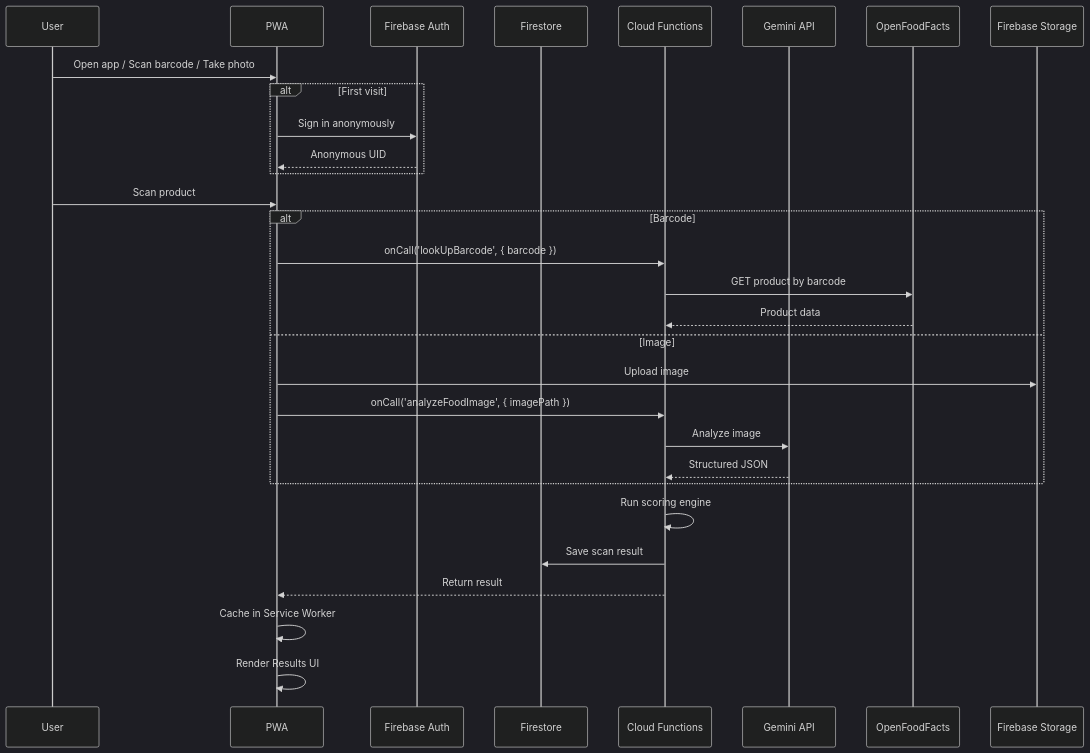
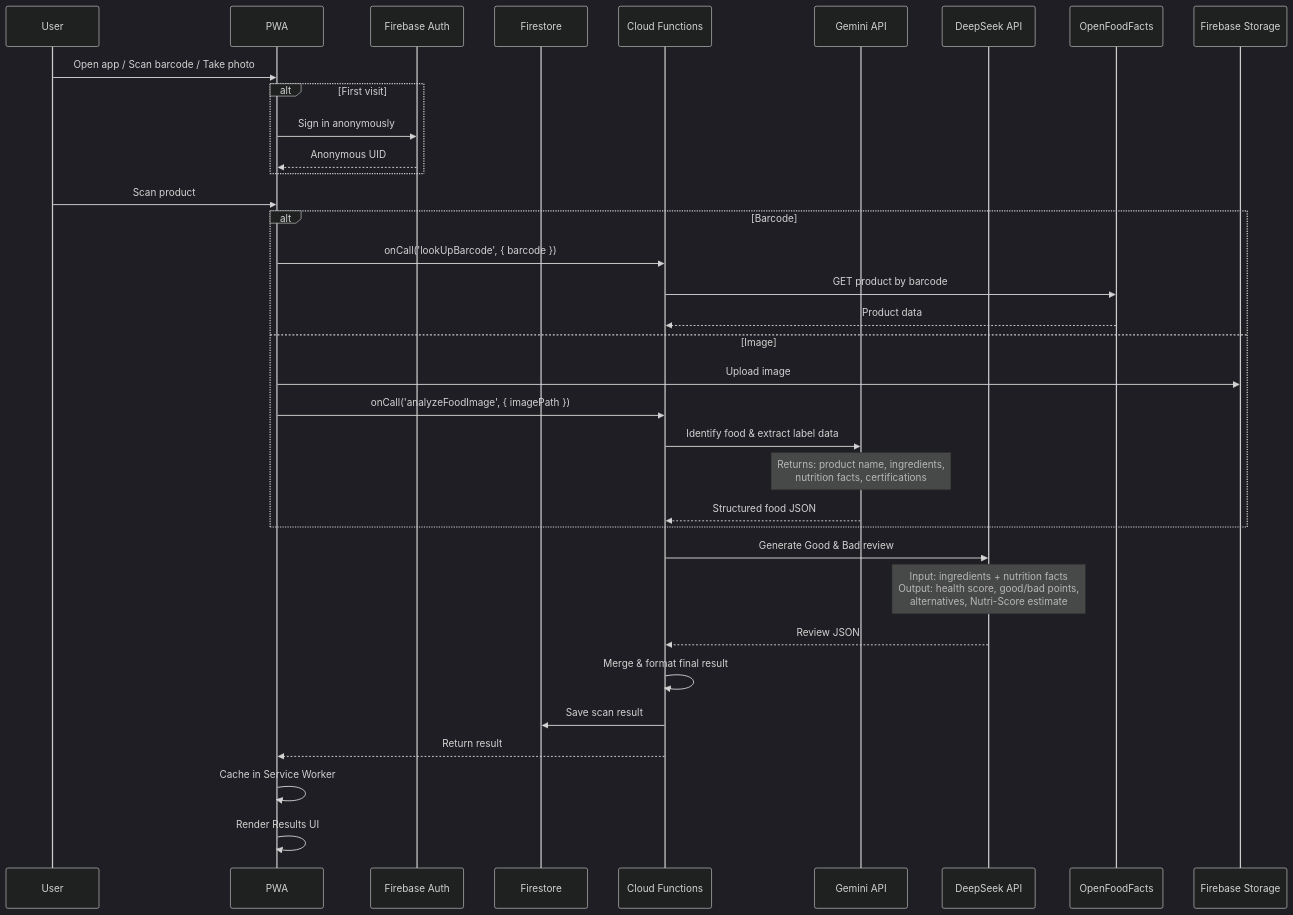
Before and after one commit to zheidouz/foodlens-pwa: the diagram in PROJECT_BRIEF.md, drawn with Mermaid (dark theme). The commit also changed other lines of this file and 10 other files, not shown here.

````diff
--- a/PROJECT_BRIEF.md
+++ b/PROJECT_BRIEF.md
@@ -109,32 +112,37 @@
 ```mermaid
 sequenceDiagram
     participant User
     participant PWA
     participant Firebase Auth
     participant Firestore
     participant Cloud Functions
     participant Gemini API
+    participant DeepSeek API
     participant OpenFoodFacts
 
     User->>PWA: Open app / Scan barcode / Take photo
     alt First visit
         PWA->>Firebase Auth: Sign in anonymously
         Firebase Auth-->>PWA: Anonymous UID
     end
     User->>PWA: Scan product
     alt Barcode
         PWA->>Cloud Functions: onCall('lookUpBarcode', { barcode })
         Cloud Functions->>OpenFoodFacts: GET product by barcode
         OpenFoodFacts-->>Cloud Functions: Product data
     else Image
         PWA->>Firebase Storage: Upload image
         PWA->>Cloud Functions: onCall('analyzeFoodImage', { imagePath })
-        Cloud Functions->>Gemini API: Analyze image
-        Gemini API-->>Cloud Functions: Structured JSON
+        Cloud Functions->>Gemini API: Identify food & extract label data
+        Note over Gemini API: Returns: product name, ingredients,<br/>nutrition facts, certifications
+        Gemini API-->>Cloud Functions: Structured food JSON
     end
-    Cloud Functions->>Cloud Functions: Run scoring engine
+    Cloud Functions->>DeepSeek API: Generate Good & Bad review
+    Note over DeepSeek API: Input: ingredients + nutrition facts<br/>Output: health score, good/bad points,<br/>alternatives, Nutri-Score estimate
+    DeepSeek API-->>Cloud Functions: Review JSON
+    Cloud Functions->>Cloud Functions: Merge & format final result
     Cloud Functions->>Firestore: Save scan result
     Cloud Functions-->>PWA: Return result
     PWA->>PWA: Cache in Service Worker
     PWA->>PWA: Render Results UI
 ```
````
